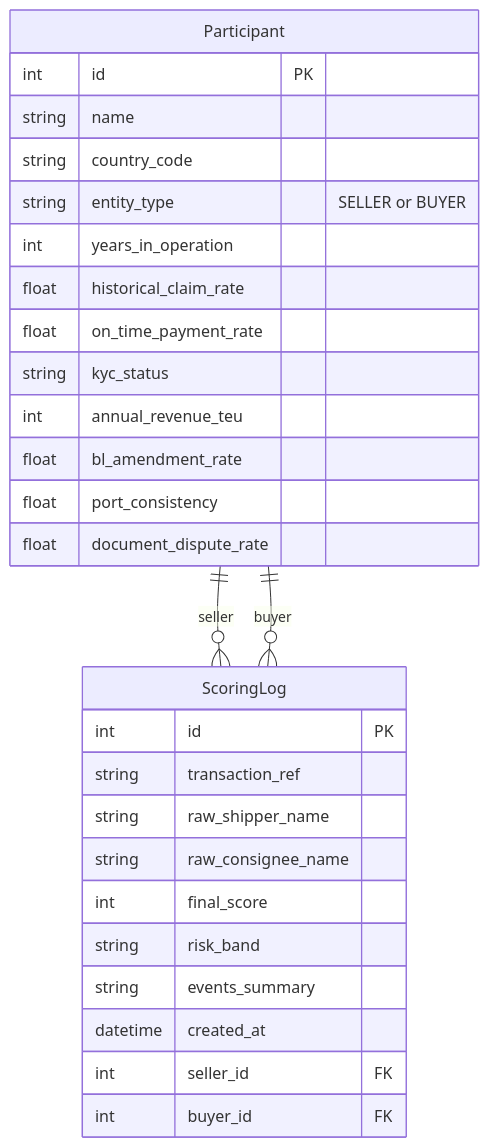
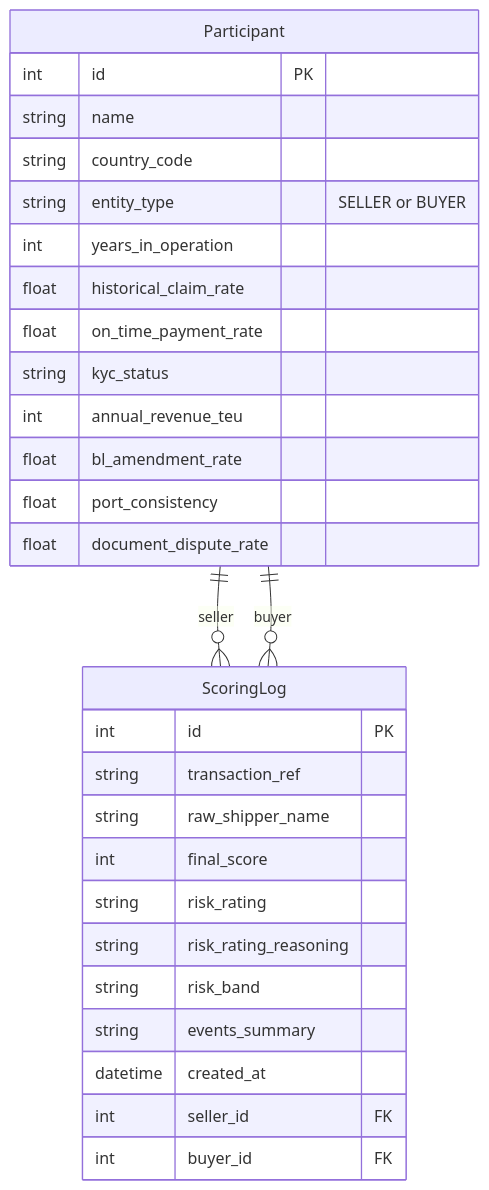
The diagram in risk/README.md (patriya-piyawiroj/willitship), drawn with Mermaid before and after one commit. The commit also changed other lines of this file and 5 other files, not shown here.

Commit message:
feat: Introduce credit risk rating and reasoning to scoring logic, database, and API responses.

````diff
--- a/risk/README.md
+++ b/risk/README.md
@@ -168,33 +171,34 @@
 ```mermaid
 erDiagram
     Participant {
         int id PK
         string name
         string country_code
         string entity_type "SELLER or BUYER"
         int years_in_operation
         float historical_claim_rate
         float on_time_payment_rate
         string kyc_status
         int annual_revenue_teu
         float bl_amendment_rate
         float port_consistency
         float document_dispute_rate
     }
 
     ScoringLog {
         int id PK
         string transaction_ref
         string raw_shipper_name
-        string raw_consignee_name
         int final_score
+        string risk_rating
+        string risk_rating_reasoning
         string risk_band
         string events_summary
         datetime created_at
         int seller_id FK
         int buyer_id FK
     }
 
     Participant ||--o{ ScoringLog : "seller"
     Participant ||--o{ ScoringLog : "buyer"
 ```
````
